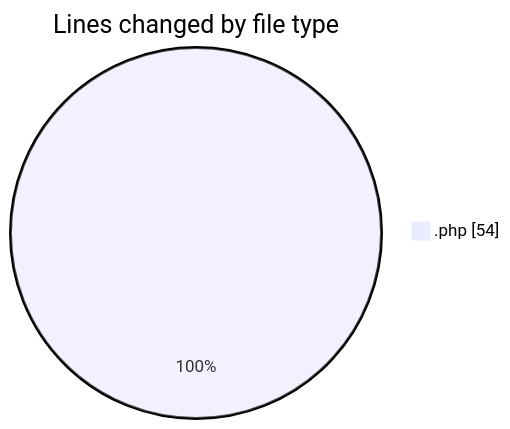
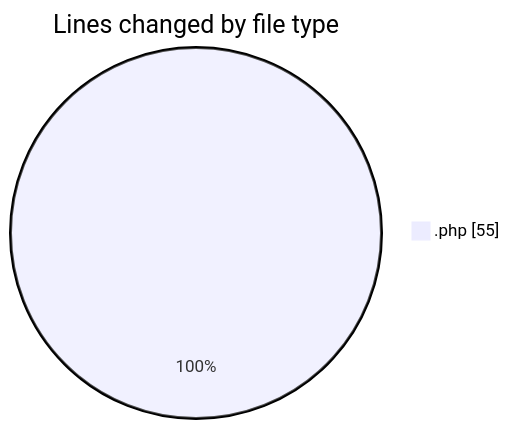
Before and after one commit to LanceThiago/code-tracking: the first of 2 diagrams in 2025-06-05/web/README.md, drawn with Mermaid. The commit also changed other lines of this file and 1 other file, not shown here.

````diff
--- a/2025-06-05/web/README.md
+++ b/2025-06-05/web/README.md
@@ -20,5 +20,5 @@
 ```mermaid
 pie showData
 title Lines changed by file type
-".php" : 54
+".php" : 55
 ```
````
